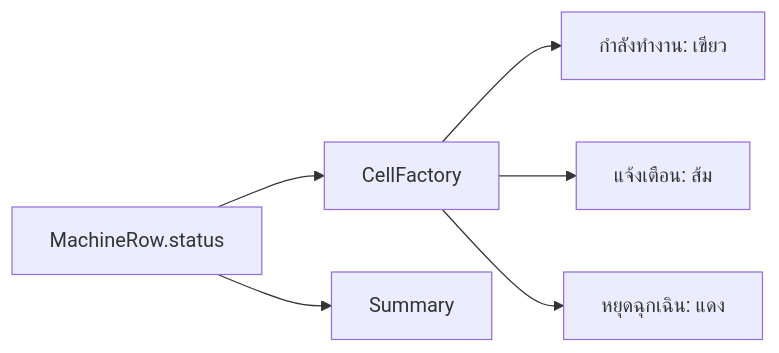
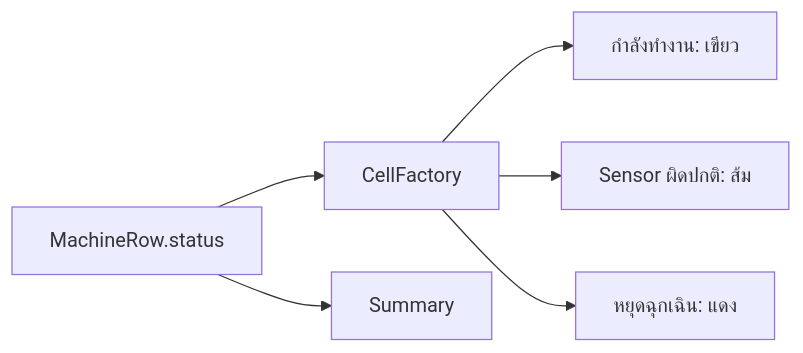
The diagram in docs/playlist-03-java-desktop/ep08-cellfactory-summary.md (KOPE-SOLUTION/java-smart-solutions), drawn with Mermaid before and after one commit. The commit also changed other lines of this file and 13 other files, not shown here.

````diff
--- a/docs/playlist-03-java-desktop/ep08-cellfactory-summary.md
+++ b/docs/playlist-03-java-desktop/ep08-cellfactory-summary.md
@@ -8,8 +8,8 @@
 ```mermaid
 flowchart LR
     D[MachineRow.status] --> C[CellFactory]
     C --> R[กำลังทำงาน: เขียว]
-    C --> W[แจ้งเตือน: ส้ม]
+    C --> W[Sensor ผิดปกติ: ส้ม]
     C --> E[หยุดฉุกเฉิน: แดง]
     D --> S[Summary]
 ```
````
